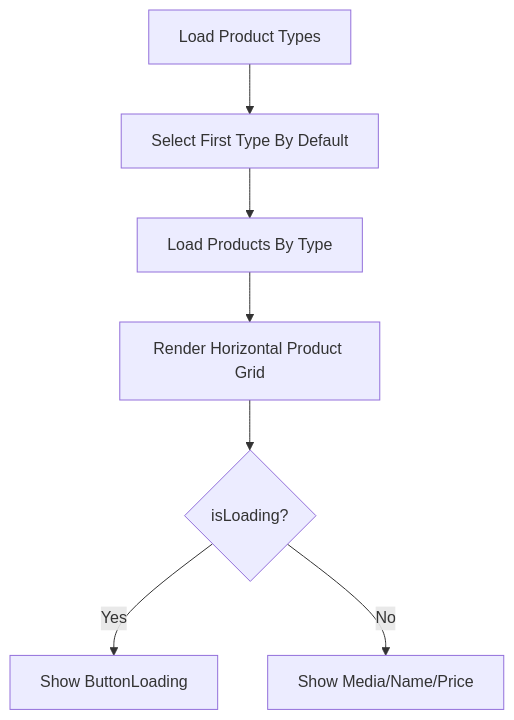
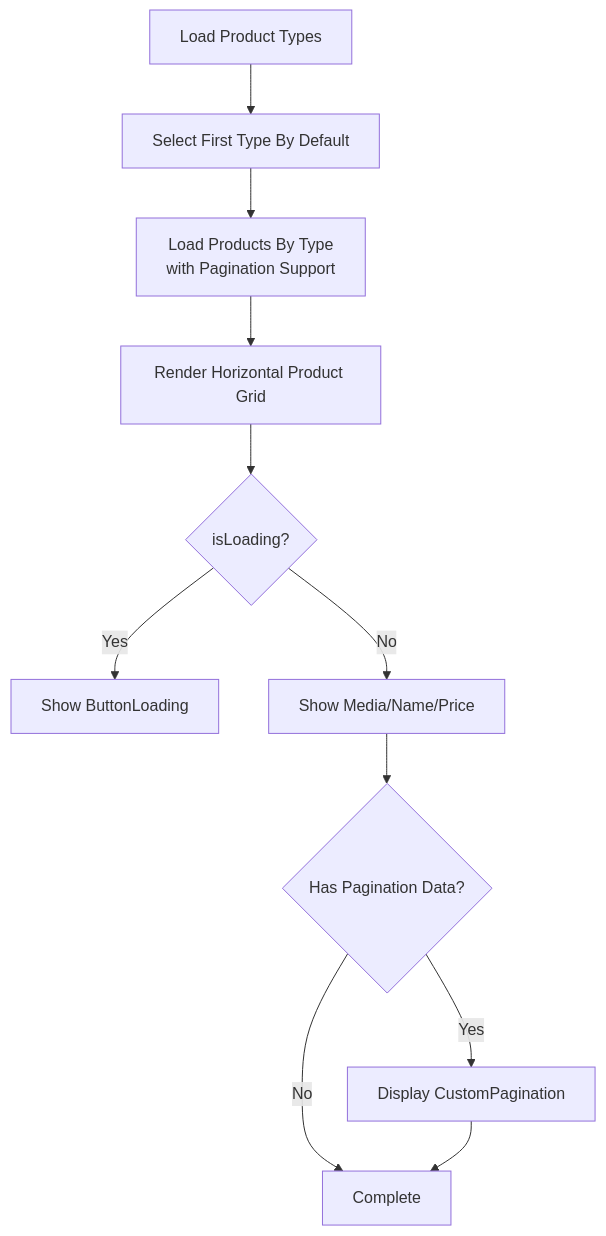
One commit to Ariful3111/FurniGo changed the seventh of 11 diagrams in .qoder/repowiki/en/content/Core Features/E-commerce Platform/Product Catalog Management.md. Above: the diagram before and after it, drawn with Mermaid. The commit also changed other lines of this file and 8 other files, not shown here.

````diff
--- a/.qoder/repowiki/en/content/Core Features/E-commerce Platform/Product Catalog Management.md
+++ b/.qoder/repowiki/en/content/Core Features/E-commerce Platform/Product Catalog Management.md
@@ -267,9 +346,13 @@
 ```mermaid
 flowchart TD
 LoadTypes["Load Product Types"] --> SelectType["Select First Type By Default"]
-SelectType --> LoadProducts["Load Products By Type"]
+SelectType --> LoadProducts["Load Products By Type<br/>with Pagination Support"]
 LoadProducts --> ShowGrid["Render Horizontal Product Grid"]
 ShowGrid --> Loading{"isLoading?"}
 Loading --> |Yes| ShowLoader["Show ButtonLoading"]
 Loading --> |No| ShowItems["Show Media/Name/Price"]
+ShowItems --> CheckPagination{"Has Pagination Data?"}
+CheckPagination --> |Yes| ShowPagination["Display CustomPagination"]
+CheckPagination --> |No| Complete["Complete"]
+ShowPagination --> Complete
 ```
````
